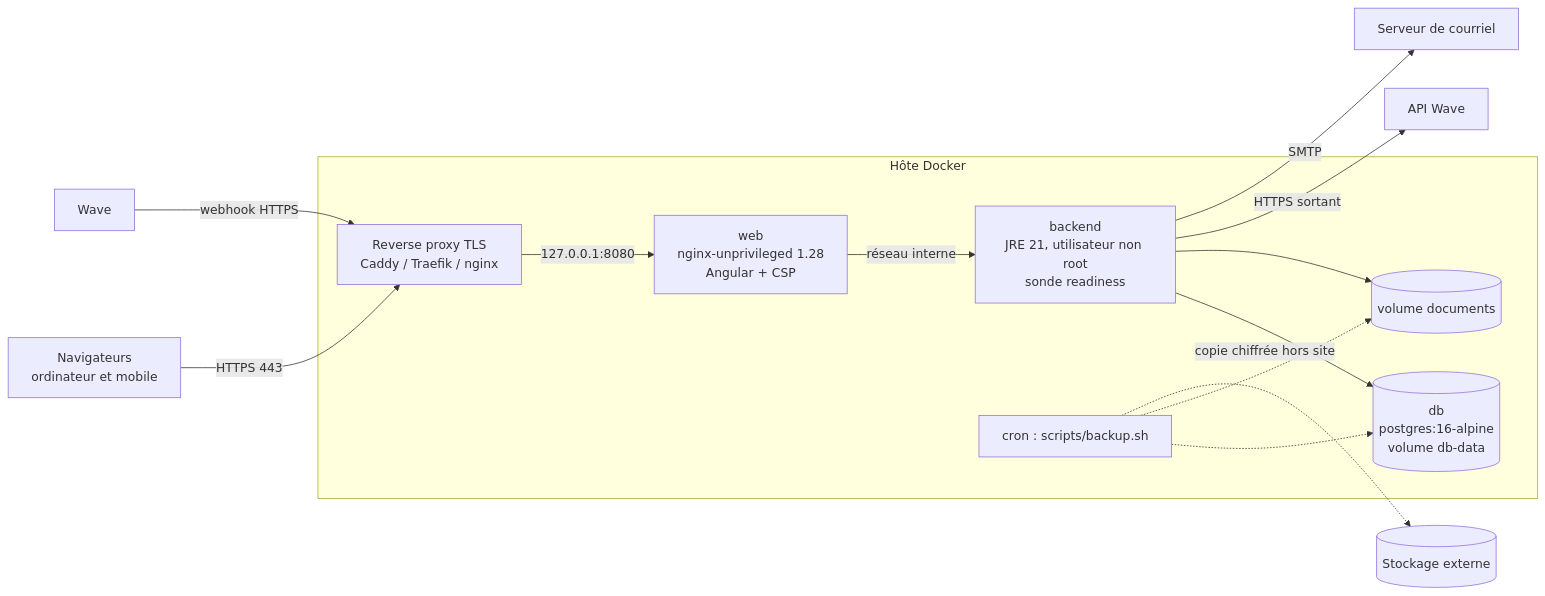
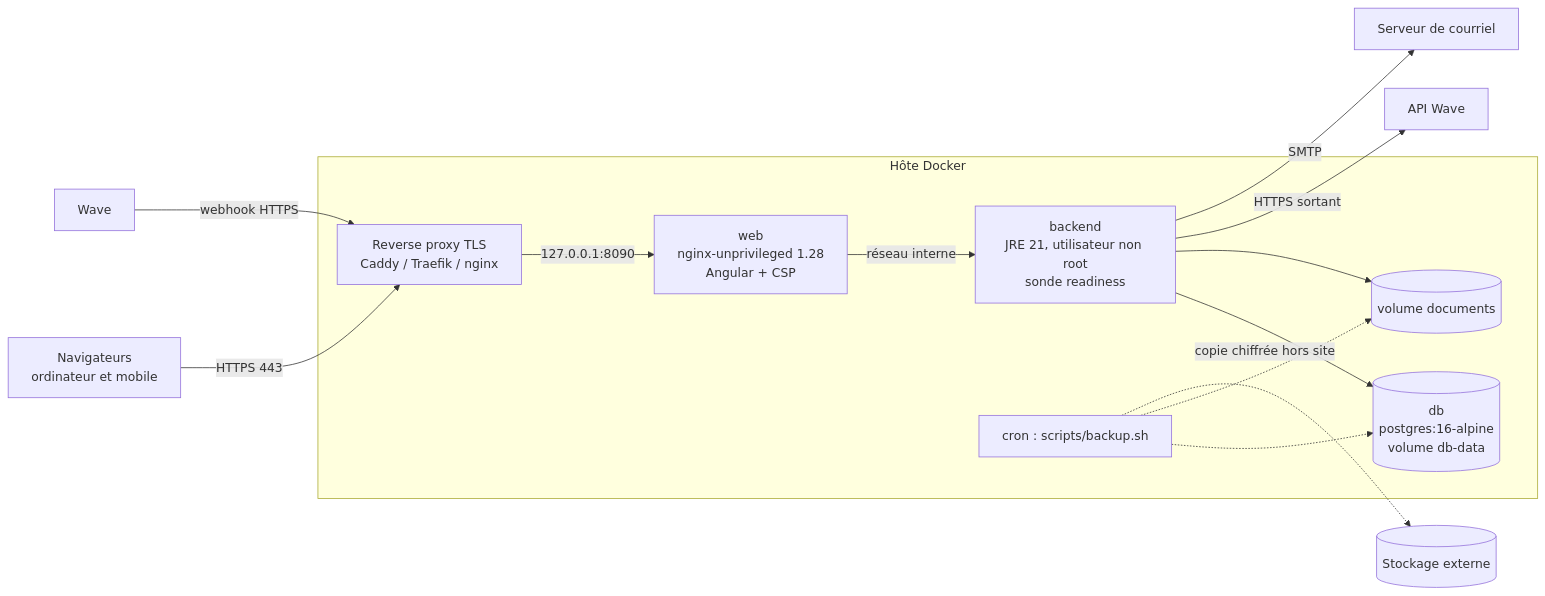
One commit to wazabangarona/coophabitat changed the eighth of 8 diagrams in docs/architecture.md. Above: the diagram before and after it, drawn with Mermaid. The commit also changed 9 other files, not shown here.

````diff
--- a/docs/architecture.md
+++ b/docs/architecture.md
@@ -322,16 +322,16 @@
 ```mermaid
 flowchart LR
     U[Navigateurs<br/>ordinateur et mobile] -->|HTTPS 443| RP[Reverse proxy TLS<br/>Caddy / Traefik / nginx]
     WV[Wave] -->|webhook HTTPS| RP
     subgraph Hôte Docker
-      RP -->|127.0.0.1:8080| WEB[web<br/>nginx-unprivileged 1.28<br/>Angular + CSP]
+      RP -->|127.0.0.1:8090| WEB[web<br/>nginx-unprivileged 1.28<br/>Angular + CSP]
       WEB -->|réseau interne| BE[backend<br/>JRE 21, utilisateur non root<br/>sonde readiness]
       BE --> DB[(db<br/>postgres:16-alpine<br/>volume db-data)]
       BE --> VOL[(volume documents)]
       CRON[cron : scripts/backup.sh] -.-> DB
       CRON -.-> VOL
     end
     BE -->|HTTPS sortant| WAPI[API Wave]
     BE -->|SMTP| MAIL[Serveur de courriel]
     CRON -.->|copie chiffrée hors site| OFF[(Stockage externe)]
 ```
````
